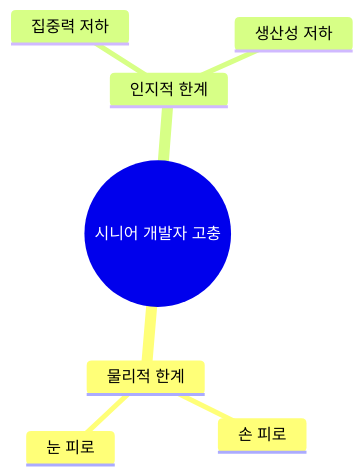
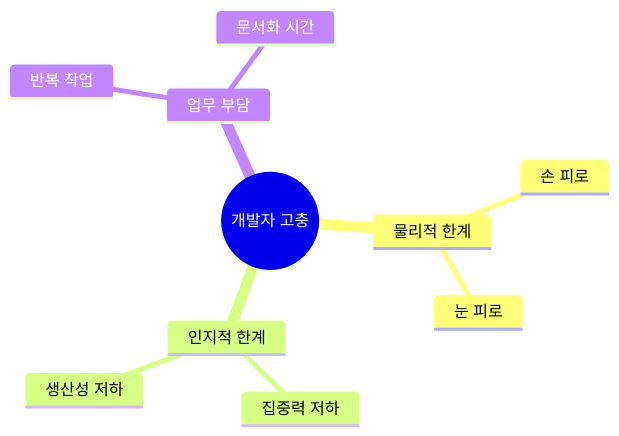
Before and after one commit to ustudiopd/vibe_coding: the second of 10 diagrams in vibe_coding_timeline.md, drawn with Mermaid. The commit also changed other lines of this file, not shown here.

````diff
--- a/vibe_coding_timeline.md
+++ b/vibe_coding_timeline.md
@@ -48,10 +36,13 @@
 ```mermaid
 mindmap
-  root((시니어 개발자 고충))
+  root((개발자 고충))
     물리적 한계
       손 피로
       눈 피로
     인지적 한계
       집중력 저하
       생산성 저하
+    업무 부담
+      반복 작업
+      문서화 시간
 ```
````
